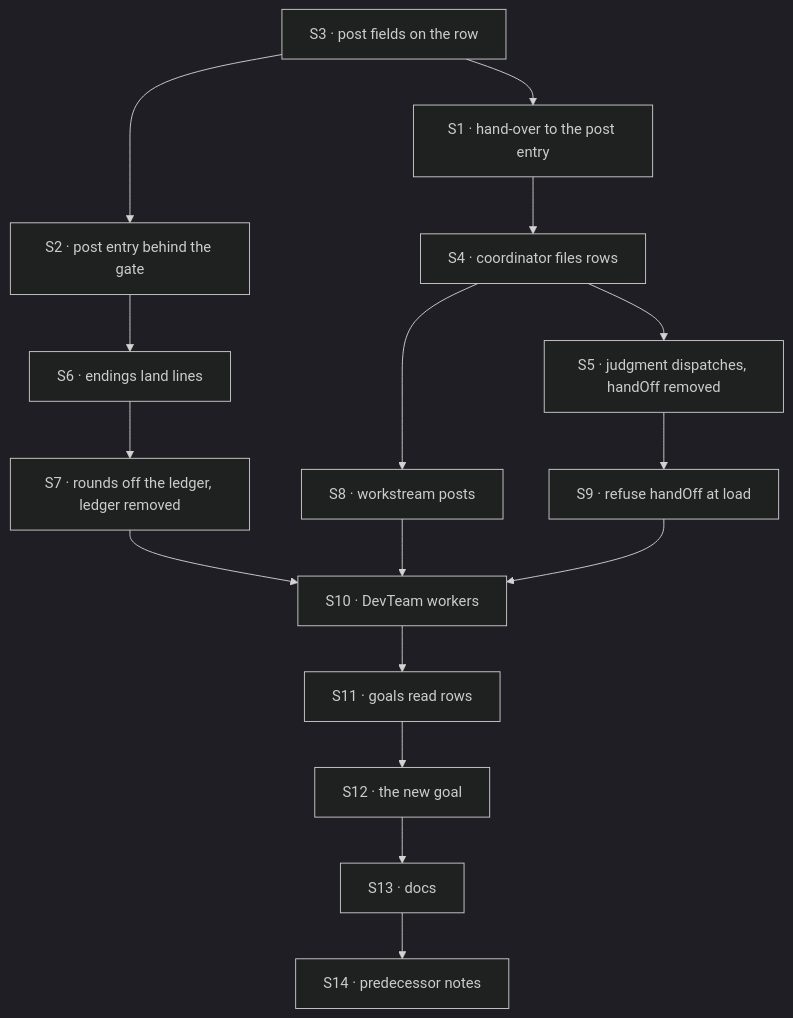
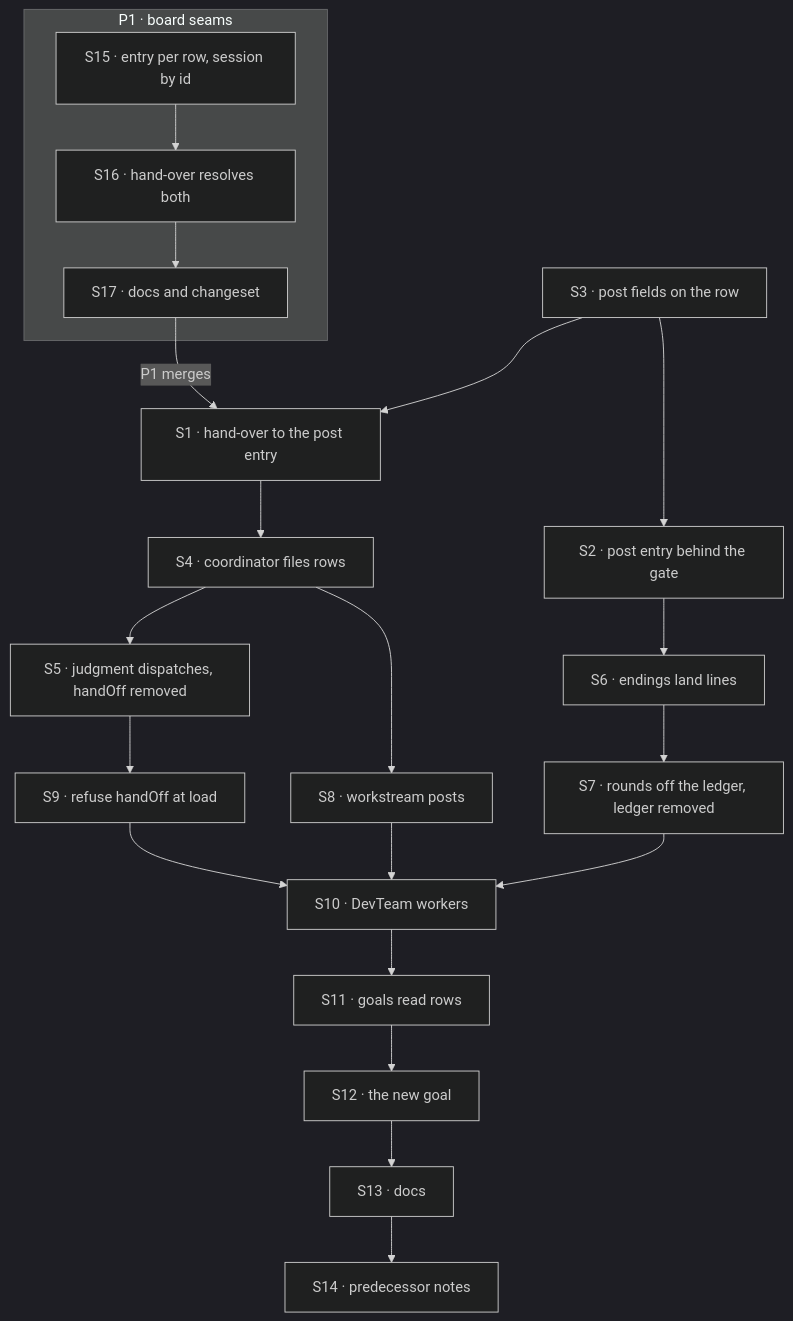
Before and after one commit to fixpoint-labs/flow-state-dev: the diagram in specs/issues/FIX-1872/PLAN.md, drawn with Mermaid (dark theme). The commit also changed other lines of this file and 4 other files, not shown here.

First line of the commit message:
spec(FIX-1872): amend — board seams as a prerequisite PR (owner option A)

````diff
--- a/specs/issues/FIX-1872/PLAN.md
+++ b/specs/issues/FIX-1872/PLAN.md
@@ -33,18 +52,23 @@
 ```mermaid
 flowchart TD
+  subgraph P1["P1 · board seams"]
+    S15["S15 · entry per row, session by id"] --> S16["S16 · hand-over resolves both"]
+    S16 --> S17["S17 · docs and changeset"]
+  end
+  S17 -->|"P1 merges"| S1
   S3["S3 · post fields on the row"] --> S1["S1 · hand-over to the post entry"]
   S3 --> S2["S2 · post entry behind the gate"]
   S1 --> S4["S4 · coordinator files rows"]
   S2 --> S6["S6 · endings land lines"]
   S4 --> S5["S5 · judgment dispatches, handOff removed"]
   S4 --> S8["S8 · workstream posts"]
   S6 --> S7["S7 · rounds off the ledger, ledger removed"]
   S5 --> S9["S9 · refuse handOff at load"]
   S7 --> S10["S10 · DevTeam workers"]
   S8 --> S10
   S9 --> S10
   S10 --> S11["S11 · goals read rows"]
   S11 --> S12["S12 · the new goal"]
   S12 --> S13["S13 · docs"]
   S13 --> S14["S14 · predecessor notes"]
 ```
````
